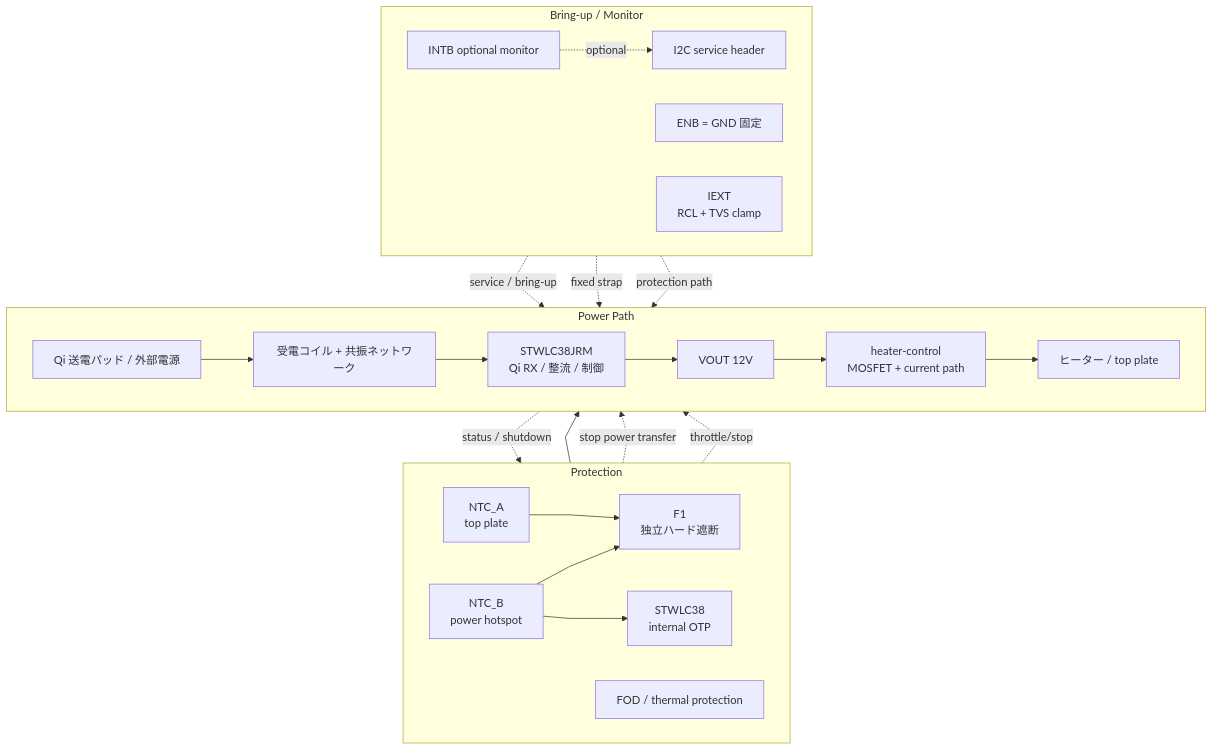
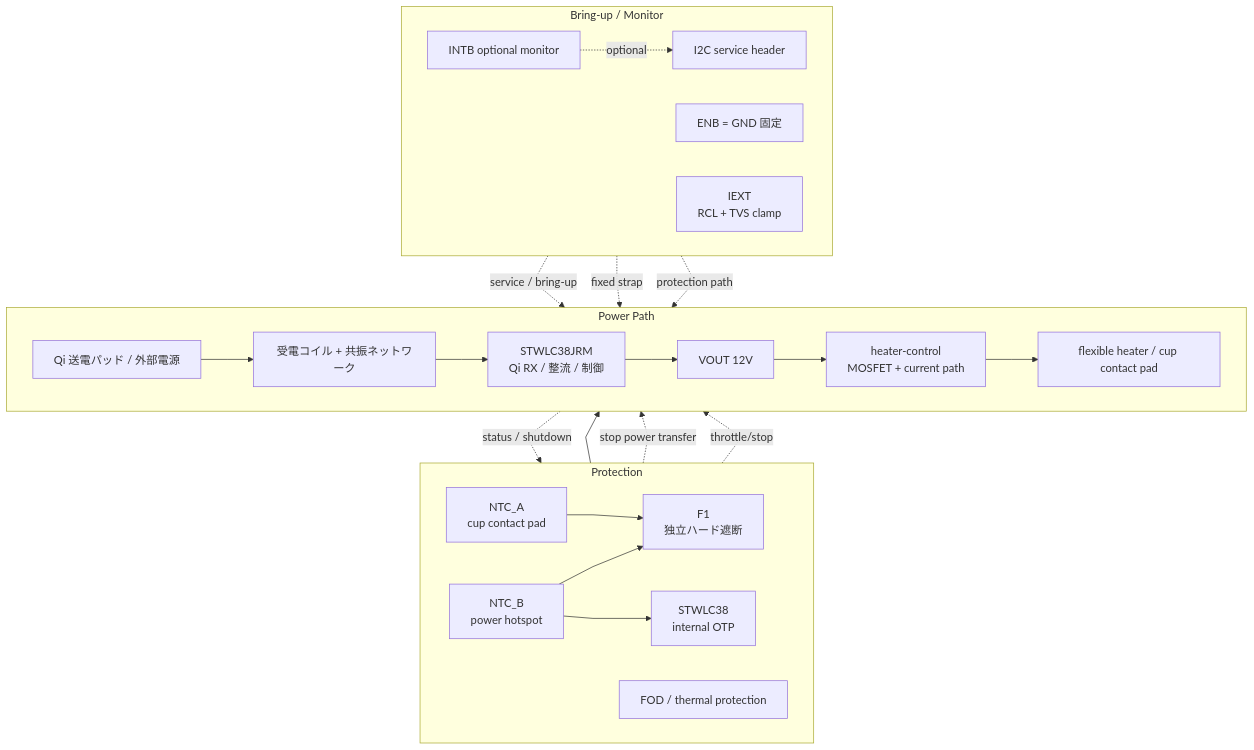
One commit to mash/cupwarmer changed the diagram in docs/design-notes.md. Above: the diagram before and after it, drawn with Mermaid. The commit also changed other lines of this file and 2 other files, not shown here.

Commit message:
Clean up direct-pad enclosure model

````diff
--- a/docs/design-notes.md
+++ b/docs/design-notes.md
@@ -313,50 +313,50 @@
 ```mermaid
 %%{init: {'flowchart': {'curve': 'linear'}}}%%
 flowchart TB
     subgraph POWER[Power Path]
         direction LR
         TX[Qi 送電パッド / 外部電源]
         COIL[受電コイル + 共振ネットワーク]
         RX[STWLC38JRM<br/>Qi RX / 整流 / 制御]
         VOUT[VOUT 12V]
         GATE[heater-control<br/>MOSFET + current path]
-        HEATER[ヒーター / top plate]
+        HEATER[flexible heater / cup contact pad]
 
         TX --> COIL
         COIL --> RX
         RX --> VOUT
         VOUT --> GATE
         GATE --> HEATER
     end
 
     subgraph PROTECT[Protection]
         direction LR
-        NTCA[NTC_A<br/>top plate]
+        NTCA[NTC_A<br/>cup contact pad]
         NTCB[NTC_B<br/>power hotspot]
         F1[F1<br/>独立ハード遮断]
         FOD[FOD / thermal protection]
         OTP[STWLC38<br/>internal OTP]
 
         NTCA --> F1
         NTCB --> F1
         NTCB --> OTP
     end
 
     subgraph SERVICE[Bring-up / Monitor]
         direction LR
         I2C[I2C service header]
         INTB[INTB optional monitor]
         ENB[ENB = GND 固定]
         IEXT[IEXT<br/>RCL + TVS clamp]
 
         INTB -. optional .-> I2C
     end
 
     F1 --> GATE
     I2C -. service / bring-up .-> RX
     ENB -. fixed strap .-> RX
     IEXT -. protection path .-> RX
     RX -. status / shutdown .-> FOD
     FOD -. stop power transfer .-> TX
     OTP -. throttle/stop .-> RX
 ```
````
